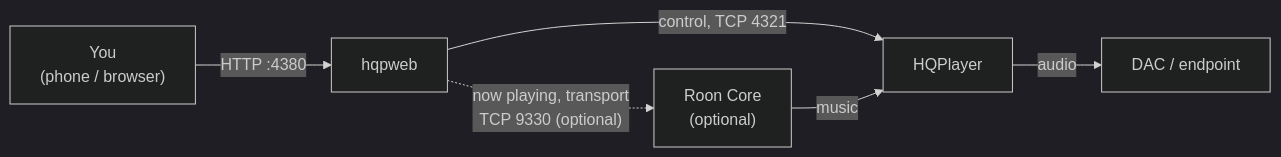
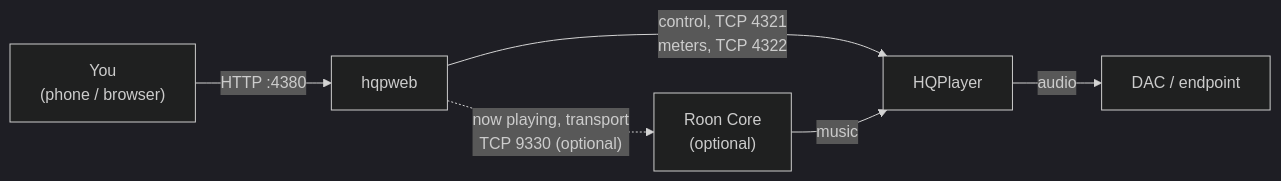
One commit to statelycurmudgeon/hqpweb changed the diagram in README.md. Above: the diagram before and after it, drawn with Mermaid (dark theme). The commit also changed other lines of this file and 22 other files, not shown here.

````diff
--- a/README.md
+++ b/README.md
@@ -31,8 +112,8 @@
 ```mermaid
 flowchart LR
   you["You<br/>(phone / browser)"] -->|"HTTP :4380"| hqpweb
-  hqpweb -->|"control, TCP 4321"| hqp["HQPlayer"]
+  hqpweb -->|"control, TCP 4321<br/>meters, TCP 4322"| hqp["HQPlayer"]
   roon["Roon Core<br/>(optional)"] -->|"music"| hqp
   hqp -->|"audio"| dac["DAC / endpoint"]
   hqpweb -.->|"now playing, transport<br/>TCP 9330 (optional)"| roon
 ```
````
